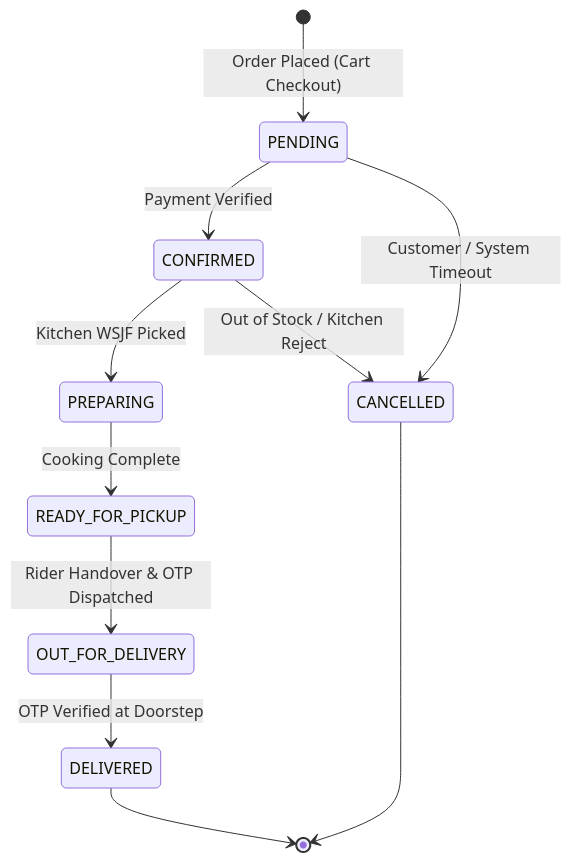
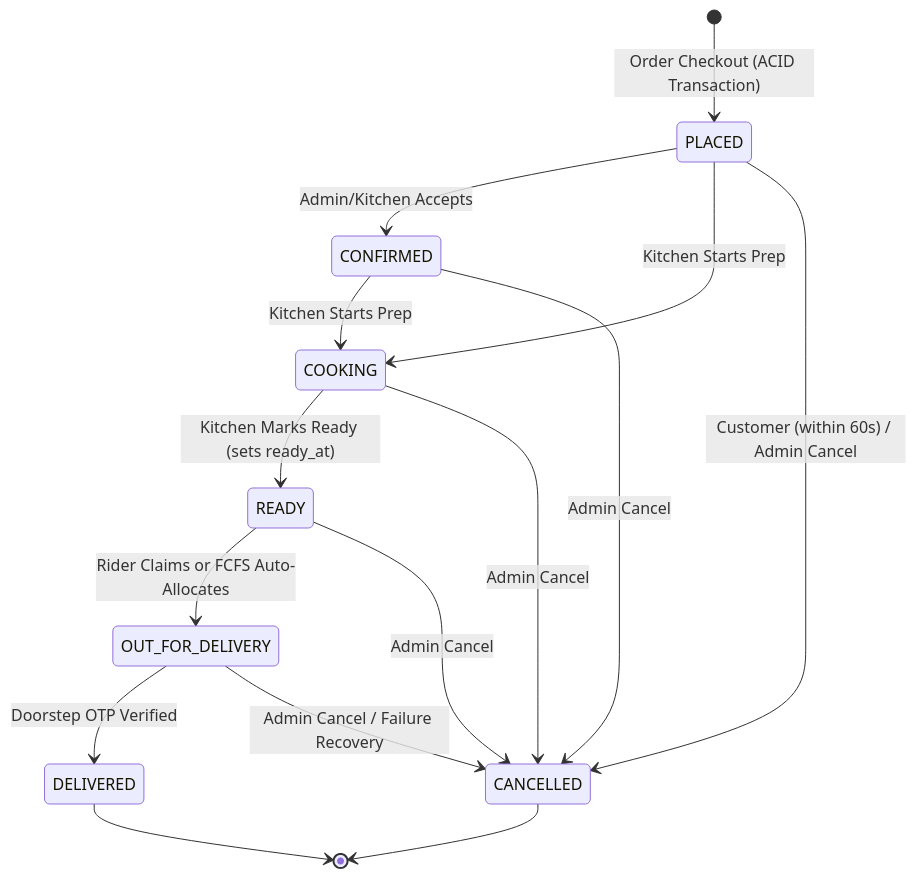
One commit to athulskrish/pooja_project changed the diagram in docs/DATA_DICTIONARY.md. Above: the diagram before and after it, drawn with Mermaid. The commit also changed other lines of this file and 200 other files, not shown here.

````diff
--- a/docs/DATA_DICTIONARY.md
+++ b/docs/DATA_DICTIONARY.md
@@ -101,13 +318,17 @@
 ```mermaid
 stateDiagram-v2
-    [*] --> PENDING: Order Placed (Cart Checkout)
-    PENDING --> CONFIRMED: Payment Verified
-    CONFIRMED --> PREPARING: Kitchen WSJF Picked
-    PREPARING --> READY_FOR_PICKUP: Cooking Complete
-    READY_FOR_PICKUP --> OUT_FOR_DELIVERY: Rider Handover & OTP Dispatched
-    OUT_FOR_DELIVERY --> DELIVERED: OTP Verified at Doorstep
-    PENDING --> CANCELLED: Customer / System Timeout
-    CONFIRMED --> CANCELLED: Out of Stock / Kitchen Reject
+    [*] --> PLACED : Order Checkout (ACID Transaction)
+    PLACED --> CONFIRMED : Admin/Kitchen Accepts
+    PLACED --> COOKING : Kitchen Starts Prep
+    PLACED --> CANCELLED : Customer (within 60s) / Admin Cancel
+    CONFIRMED --> COOKING : Kitchen Starts Prep
+    CONFIRMED --> CANCELLED : Admin Cancel
+    COOKING --> READY : Kitchen Marks Ready (sets ready_at)
+    COOKING --> CANCELLED : Admin Cancel
+    READY --> OUT_FOR_DELIVERY : Rider Claims or FCFS Auto-Allocates
+    READY --> CANCELLED : Admin Cancel
+    OUT_FOR_DELIVERY --> DELIVERED : Doorstep OTP Verified
+    OUT_FOR_DELIVERY --> CANCELLED : Admin Cancel / Failure Recovery
     DELIVERED --> [*]
     CANCELLED --> [*]
 ```
````
